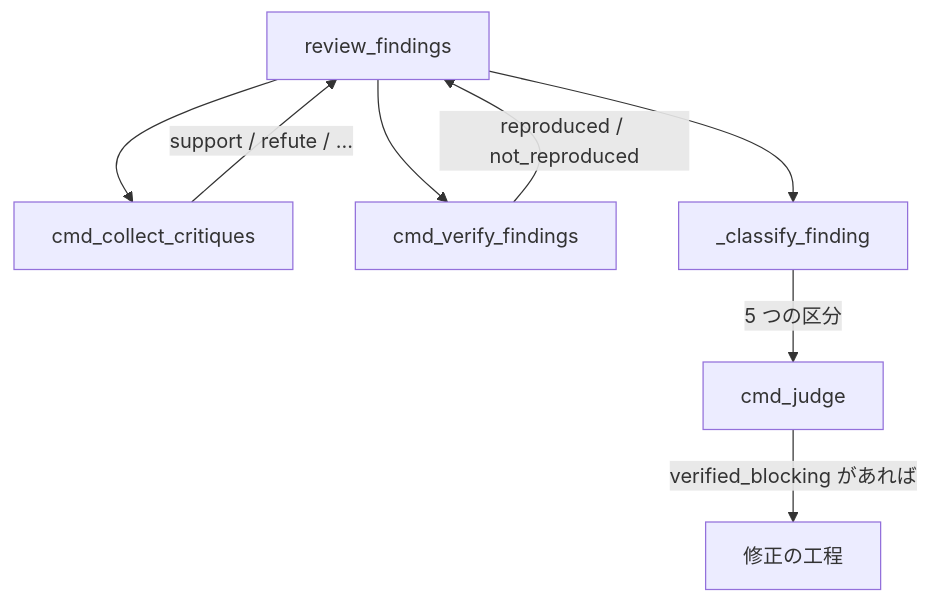
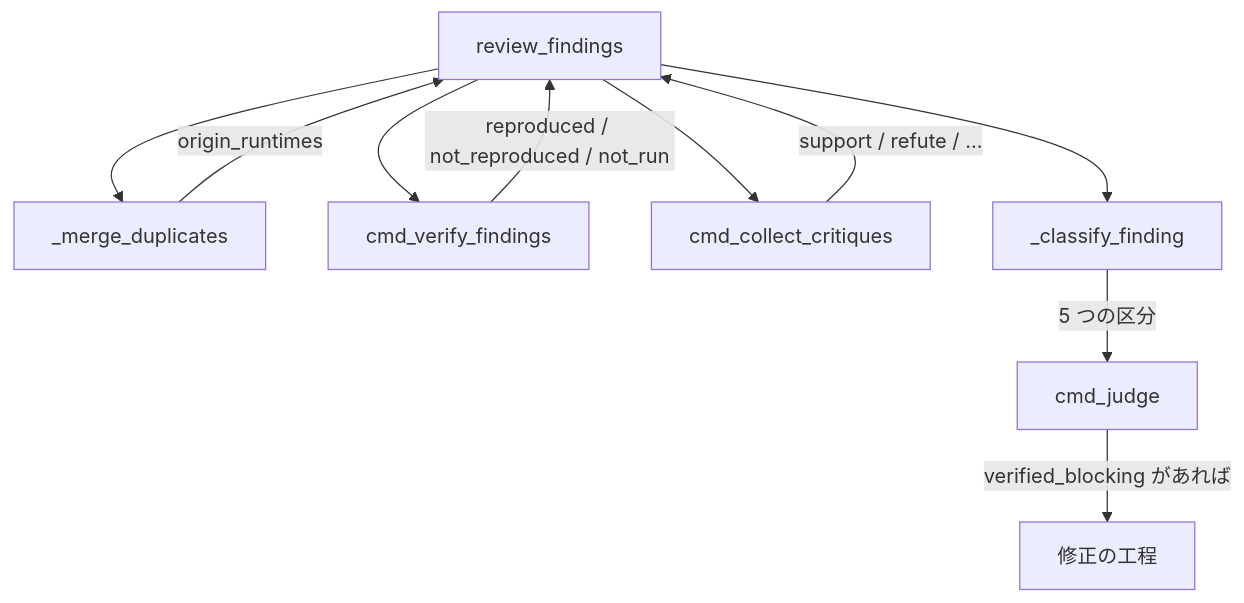
The first of 2 diagrams in issues/issue-156-pr3-design.md (devbasex/ai-plugins), drawn with Mermaid before and after one commit. The commit also changed other lines of this file, not shown here.

````diff
--- a/issues/issue-156-pr3-design.md
+++ b/issues/issue-156-pr3-design.md
@@ -33,10 +40,12 @@
 ```mermaid
 graph TD
-    RF[review_findings] --> CR[cmd_collect_critiques]
+    RF[review_findings] --> MD[_merge_duplicates]
+    MD -->|origin_runtimes| RF
+    RF --> VF[cmd_verify_findings]
+    VF -->|reproduced / not_reproduced / not_run| RF
+    RF --> CR[cmd_collect_critiques]
     CR -->|support / refute / ...| RF
-    RF --> VF[cmd_verify_findings]
-    VF -->|reproduced / not_reproduced| RF
     RF --> CL[_classify_finding]
     CL -->|5 つの区分| JG[cmd_judge]
     JG -->|verified_blocking があれば| FX[修正の工程]
 ```
````
